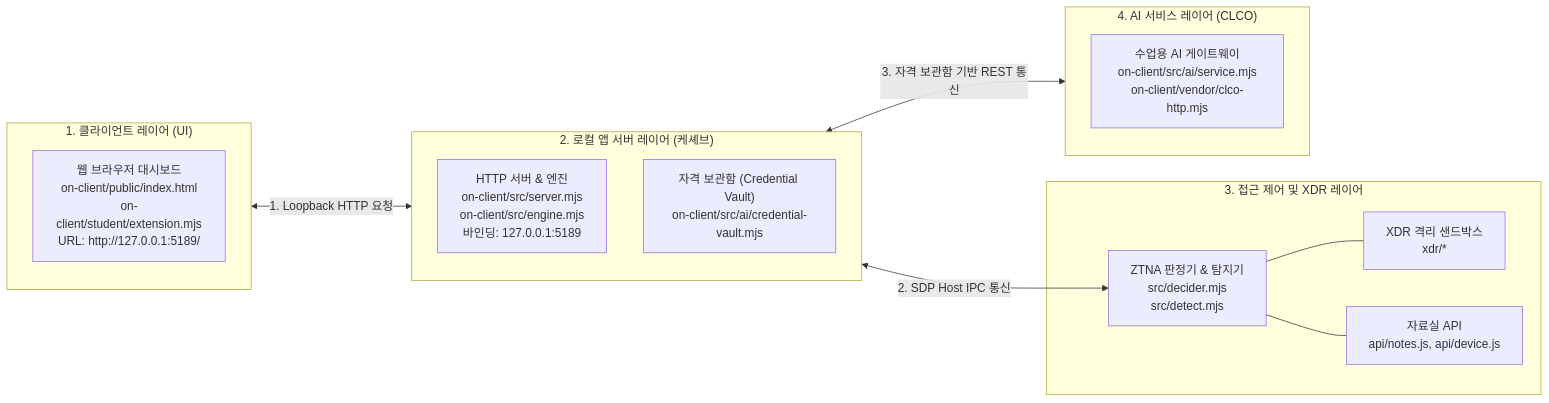
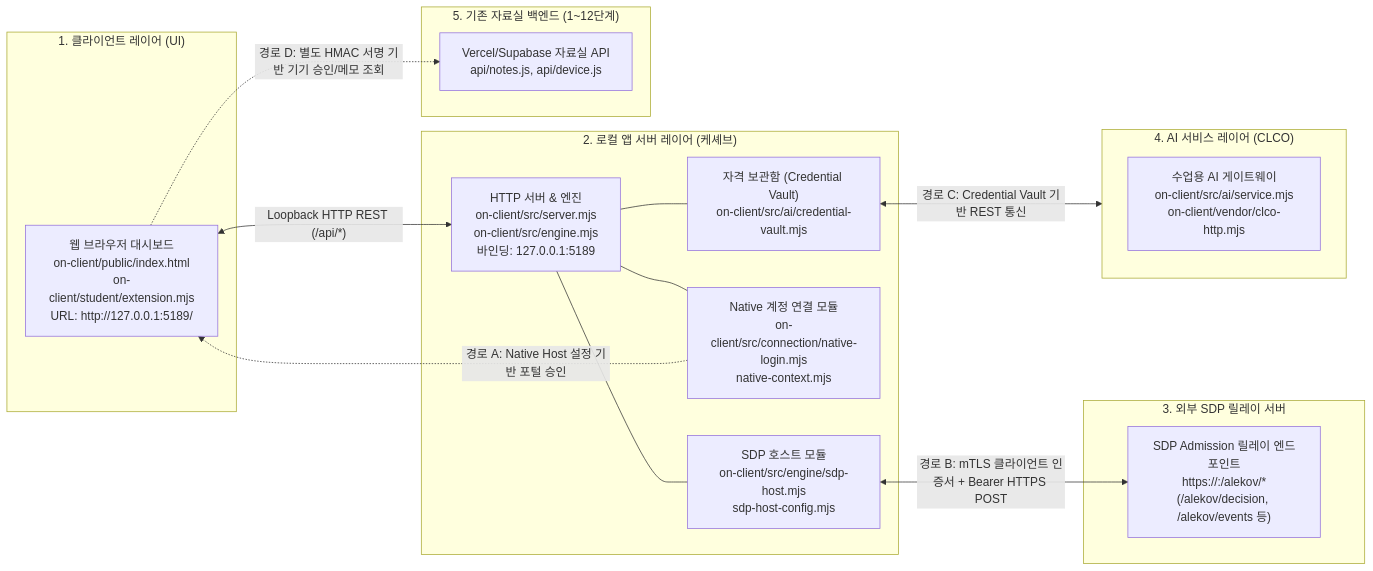
The diagram in README.md (altdmfk/choi-bujang-secret-vault), drawn with Mermaid before and after one commit. The commit also changed other lines of this file and 1 other file, not shown here.

````diff
--- a/README.md
+++ b/README.md
@@ -206,27 +206,34 @@
 ```mermaid
 flowchart LR
-    subgraph Client["1. 클라이언트 레이어 (UI)"]
-        UI["웹 브라우저 대시보드<br/>on-client/public/index.html<br/>on-client/student/extension.mjs<br/>URL: http://127.0.0.1:5189/"]
+    subgraph ClientLayer["1. 클라이언트 레이어 (UI)"]
+        Browser["웹 브라우저 대시보드<br/>on-client/public/index.html<br/>on-client/student/extension.mjs<br/>URL: http://127.0.0.1:5189/"]
     end
 
     subgraph LocalServer["2. 로컬 앱 서버 레이어 (케셰브)"]
         AppServer["HTTP 서버 & 엔진<br/>on-client/src/server.mjs<br/>on-client/src/engine.mjs<br/>바인딩: 127.0.0.1:5189"]
+        SdpModule["SDP 호스트 모듈<br/>on-client/src/engine/sdp-host.mjs<br/>sdp-host-config.mjs"]
+        NativeModule["Native 계정 연결 모듈<br/>on-client/src/connection/native-login.mjs<br/>native-context.mjs"]
         Vault["자격 보관함 (Credential Vault)<br/>on-client/src/ai/credential-vault.mjs"]
     end
 
-    subgraph AccessXDR["3. 접근 제어 및 XDR 레이어"]
-        Decider["ZTNA 판정기 & 탐지기<br/>src/decider.mjs<br/>src/detect.mjs"]
-        XDR["XDR 격리 샌드박스<br/>xdr/*"]
-        VaultAPI["자료실 API<br/>api/notes.js, api/device.js"]
+    subgraph ExternalSDP["3. 외부 SDP 릴레이 서버"]
+        SDPRelay["SDP Admission 릴레이 엔드포인트<br/>https://<host>:<port>/alekov/*<br/>(/alekov/decision, /alekov/events 등)"]
     end
 
     subgraph AIGateway["4. AI 서비스 레이어 (CLCO)"]
         CLCO["수업용 AI 게이트웨이<br/>on-client/src/ai/service.mjs<br/>on-client/vendor/clco-http.mjs"]
     end
 
-    Client <-->|"1. Loopback HTTP 요청"| LocalServer
-    LocalServer <-->|"2. SDP Host IPC 통신"| Decider
-    LocalServer <-->|"3. 자격 보관함 기반 REST 통신"| AIGateway
-    Decider --- XDR
-    Decider --- VaultAPI
+    subgraph LegacyVault["5. 기존 자료실 백엔드 (1~12단계)"]
+        VaultAPI["Vercel/Supabase 자료실 API<br/>api/notes.js, api/device.js"]
+    end
+
+    Browser <-->|"Loopback HTTP REST (/api/*)"| AppServer
+    AppServer --- NativeModule
+    AppServer --- SdpModule
+    AppServer --- Vault
+    NativeModule -.->|"경로 A: Native Host 설정 기반 포털 승인"| Browser
+    SdpModule <-->|"경로 B: mTLS 클라이언트 인증서 + Bearer HTTPS POST"| SDPRelay
+    Vault <-->|"경로 C: Credential Vault 기반 REST 통신"| AIGateway
+    Browser -.->|"경로 D: 별도 HMAC 서명 기반 기기 승인/메모 조회"| VaultAPI
 ```
````
